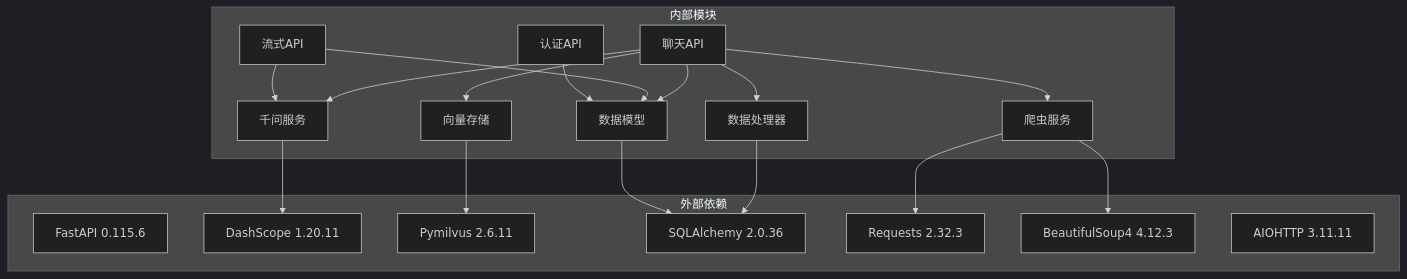
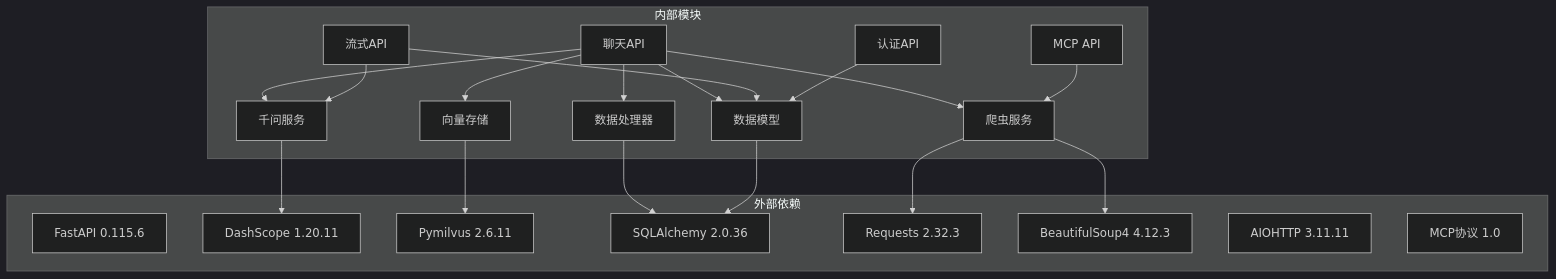
The tenth of 10 diagrams in .qoder/repowiki/zh/content/后端API文档/聊天API增强.md (ghbbn053-ship-itsoulddog/soulddog), drawn with Mermaid (dark theme) before and after one commit. The commit also changed other lines of this file and 10 other files, not shown here.

````diff
--- a/.qoder/repowiki/zh/content/后端API文档/聊天API增强.md
+++ b/.qoder/repowiki/zh/content/后端API文档/聊天API增强.md
@@ -635,36 +763,39 @@
 ```mermaid
 graph TB
 subgraph "外部依赖"
 FastAPI[FastAPI 0.115.6]
 DashScope[DashScope 1.20.11]
 Milvus[Pymilvus 2.6.11]
 SQLAlchemy[SQLAlchemy 2.0.36]
 Requests[Requests 2.32.3]
 BeautifulSoup[BeautifulSoup4 4.12.3]
 AIOHTTP[AIOHTTP 3.11.11]
+MCP[MCP协议 1.0]
 end
 subgraph "内部模块"
 ChatAPI[聊天API]
 StreamAPI[流式API]
 AuthAPI[认证API]
+MCPAPI[MCP API]
 QwenService[千问服务]
 VectorStore[向量存储]
 DataProcessor[数据处理器]
 Scraper[爬虫服务]
 Models[数据模型]
 end
 ChatAPI --> QwenService
 ChatAPI --> VectorStore
 ChatAPI --> DataProcessor
 ChatAPI --> Scraper
 ChatAPI --> Models
 StreamAPI --> QwenService
 StreamAPI --> Models
 AuthAPI --> Models
+MCPAPI --> Scraper
 QwenService --> DashScope
 VectorStore --> Milvus
 DataProcessor --> SQLAlchemy
 Scraper --> Requests
 Scraper --> BeautifulSoup
 Models --> SQLAlchemy
 ```
````
